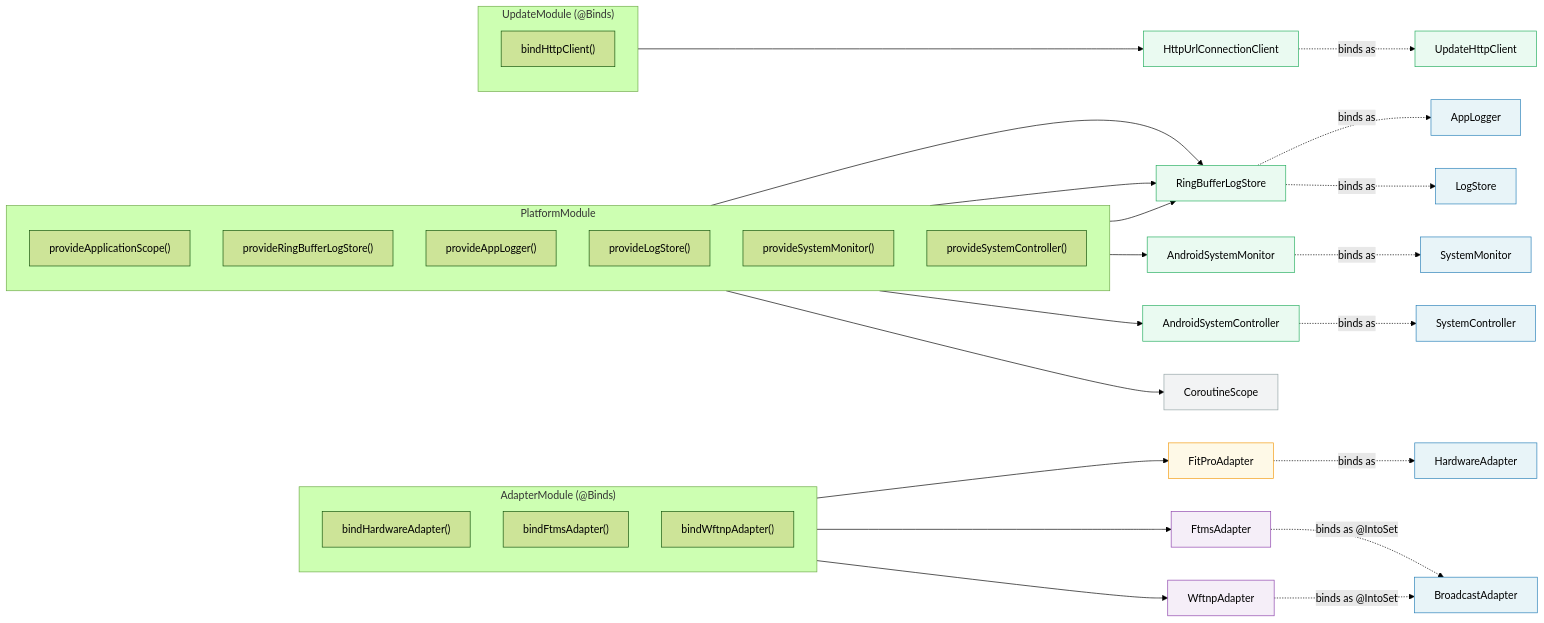
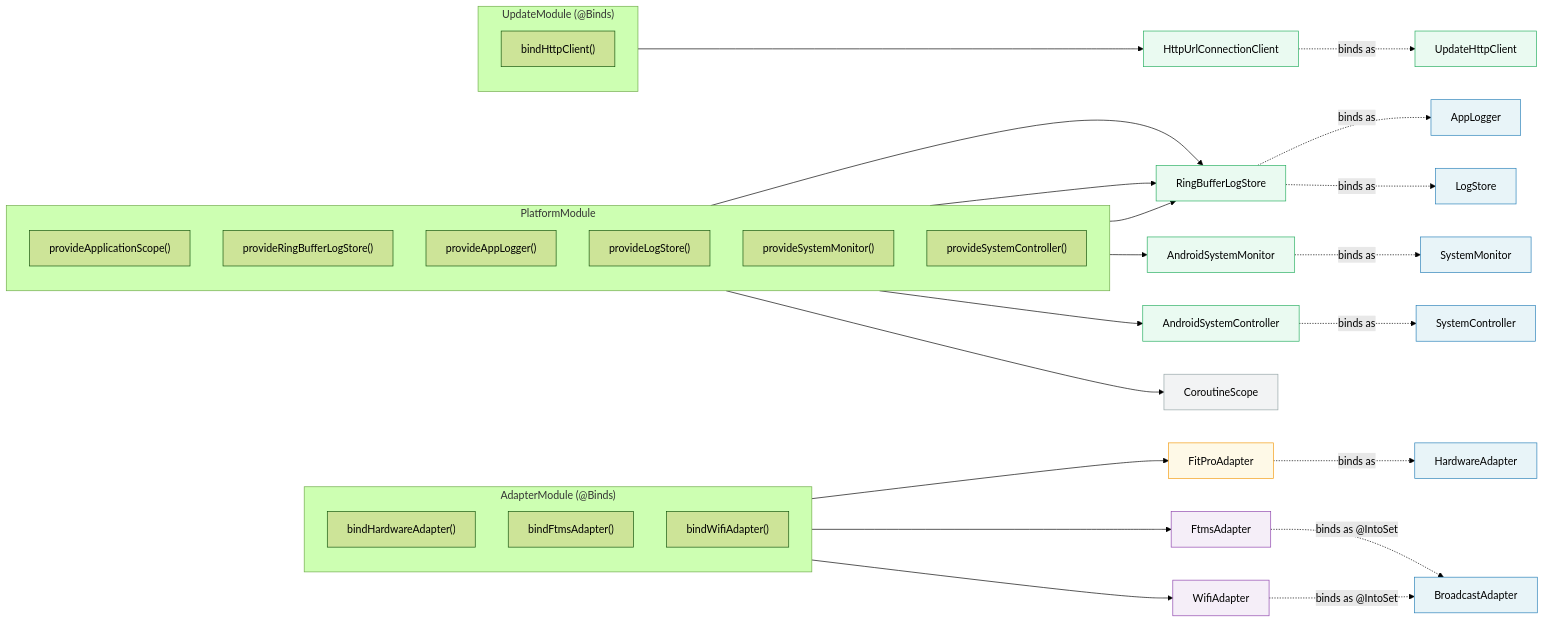
One commit to ball2jh/Hyperborea changed the tenth of 11 diagrams in docs/architecture.md. Above: the diagram before and after it, drawn with Mermaid (forest theme). The commit also changed other lines of this file and 52 other files, not shown here.

First line of the commit message:
feat: TLS 1.2 enforcement, nonce replay protection, wftnp→wifi rename, UI and profile updates

````diff
--- a/docs/architecture.md
+++ b/docs/architecture.md
@@ -565,52 +565,52 @@
 ```mermaid
 flowchart LR
     subgraph AdapterModule["AdapterModule (@Binds)"]
         direction TB
         AM_hw["bindHardwareAdapter()"]
         AM_ftms["bindFtmsAdapter()"]
-        AM_dir["bindWftnpAdapter()"]
+        AM_dir["bindWifiAdapter()"]
     end
 
     subgraph PlatformModule
         direction TB
         PM_scope["provideApplicationScope()"]
         PM_log["provideRingBufferLogStore()"]
         PM_al["provideAppLogger()"]
         PM_ls["provideLogStore()"]
         PM_sm["provideSystemMonitor()"]
         PM_sc["provideSystemController()"]
     end
 
     subgraph UpdateModule["UpdateModule (@Binds)"]
         direction TB
         UM_http["bindHttpClient()"]
     end
 
     AM_hw --> FitProAdapter:::hw
     AM_ftms --> FtmsAdapter:::bc
-    AM_dir --> WftnpAdapter:::bc
+    AM_dir --> WifiAdapter:::bc
 
     PM_log --> RingBufferLogStore:::app
     PM_al --> RingBufferLogStore
     PM_ls --> RingBufferLogStore
     PM_sm --> AndroidSystemMonitor:::app
     PM_sc --> AndroidSystemController:::app
     PM_scope --> CoroutineScope:::ext
 
     UM_http --> HttpUrlConnectionClient:::app
 
     FitProAdapter -. "binds as" .-> HardwareAdapter:::core
     FtmsAdapter -. "binds as @IntoSet" .-> BroadcastAdapter:::core
-    WftnpAdapter -. "binds as @IntoSet" .-> BroadcastAdapter
+    WifiAdapter -. "binds as @IntoSet" .-> BroadcastAdapter
     RingBufferLogStore -. "binds as" .-> AppLogger:::core
     RingBufferLogStore -. "binds as" .-> LogStore:::core
     AndroidSystemMonitor -. "binds as" .-> SystemMonitor:::core
     AndroidSystemController -. "binds as" .-> SystemController:::core
     HttpUrlConnectionClient -. "binds as" .-> UpdateHttpClient:::app
 
     classDef core fill:#e8f4f8,stroke:#2980b9
     classDef hw fill:#fef9e7,stroke:#f39c12
     classDef bc fill:#f5eef8,stroke:#8e44ad
     classDef app fill:#eafaf1,stroke:#27ae60
     classDef ext fill:#f2f3f4,stroke:#95a5a6
 ```
````
